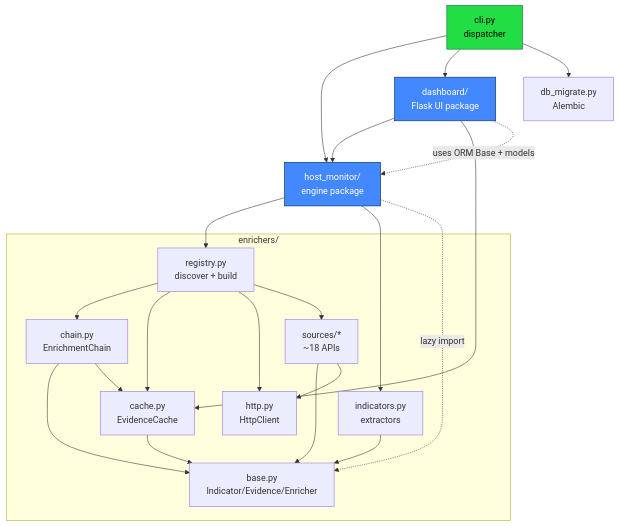
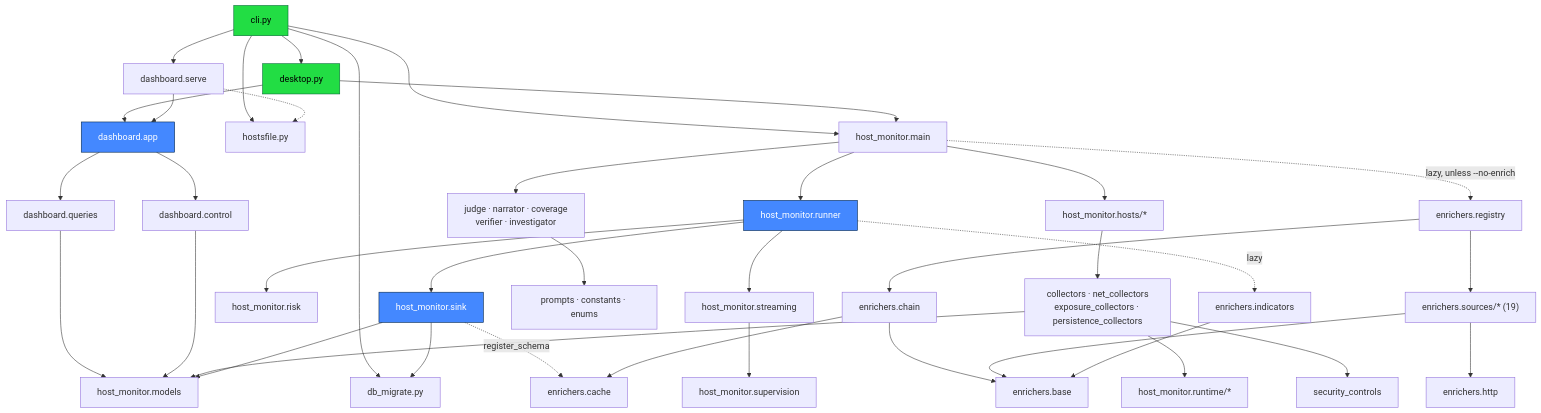
Before and after one commit to iklobato/avai: the second of 23 diagrams in docs/ARCHITECTURE.md, drawn with Mermaid. The commit also changed other lines of this file and 1 other file, not shown here.

First line of the commit message:
docs: refresh architecture map and replace the refactor plan

````diff
--- a/docs/ARCHITECTURE.md
+++ b/docs/ARCHITECTURE.md
@@ -44,45 +155,47 @@
 ```mermaid
 graph TD
-    cli[cli.py<br/>dispatcher]
-    hm[host_monitor/<br/>engine package]
-    dash[dashboard/<br/>Flask UI package]
-    mig[db_migrate.py<br/>Alembic]
+    cli["cli.py"] --> hmmain["host_monitor.main"]
+    cli --> serve["dashboard.serve"]
+    cli --> desktop["desktop.py"]
+    cli --> hostsfile["hostsfile.py"]
+    cli --> dbm["db_migrate.py"]
+    desktop --> hmmain
+    desktop --> dapp["dashboard.app"]
+    serve --> dapp
+    serve -.-> hostsfile
+    dapp --> queries["dashboard.queries"]
+    dapp --> control["dashboard.control"]
+    queries --> models["host_monitor.models"]
+    control --> models
 
-    subgraph enr[enrichers/]
-        base[base.py<br/>Indicator/Evidence/Enricher]
-        http[http.py<br/>HttpClient]
-        cache[cache.py<br/>EvidenceCache]
-        chain[chain.py<br/>EnrichmentChain]
-        reg[registry.py<br/>discover + build]
-        ind[indicators.py<br/>extractors]
-        src[sources/*<br/>~18 APIs]
-    end
+    hmmain --> runner["host_monitor.runner"]
+    hmmain --> hosts["host_monitor.hosts/*"]
+    hmmain --> stages["judge · narrator · coverage<br/>verifier · investigator"]
+    hmmain -. "lazy, unless --no-enrich" .-> reg["enrichers.registry"]
+    runner --> sink["host_monitor.sink"]
+    runner --> streaming["host_monitor.streaming"]
+    runner --> risk["host_monitor.risk"]
+    runner -. "lazy" .-> ind["enrichers.indicators"]
+    streaming --> supervision["host_monitor.supervision"]
+    hosts --> collectors["collectors · net_collectors<br/>exposure_collectors · persistence_collectors"]
+    collectors --> runtime["host_monitor.runtime/*"]
+    collectors --> seccontrols["security_controls"]
+    collectors --> models
+    stages --> prompts["prompts · constants · enums"]
+    sink --> models
+    sink --> dbm
+    sink -. "register_schema" .-> cache["enrichers.cache"]
 
-    cli --> hm
-    cli --> dash
-    cli --> mig
-
-    hm --> reg
-    hm --> ind
-    hm -.lazy import.-> base
-
-    dash --> hm
-    dash --> cache
-    dash -.uses ORM Base + models.-> hm
-
-    reg --> chain
-    reg --> cache
-    reg --> http
-    reg --> src
-    chain --> base
+    reg --> chain["enrichers.chain"]
+    reg --> sources["enrichers.sources/* (19)"]
     chain --> cache
-    cache --> base
+    chain --> base["enrichers.base"]
+    sources --> http["enrichers.http"]
+    sources --> base
     ind --> base
-    src --> base
-    src --> http
 
     classDef entry fill:#2d4,stroke:#063,color:#000
     classDef big fill:#48f,stroke:#024,color:#fff
-    class cli entry
-    class hm,dash big
+    class cli,desktop entry
+    class runner,sink,dapp big
 ```
````
